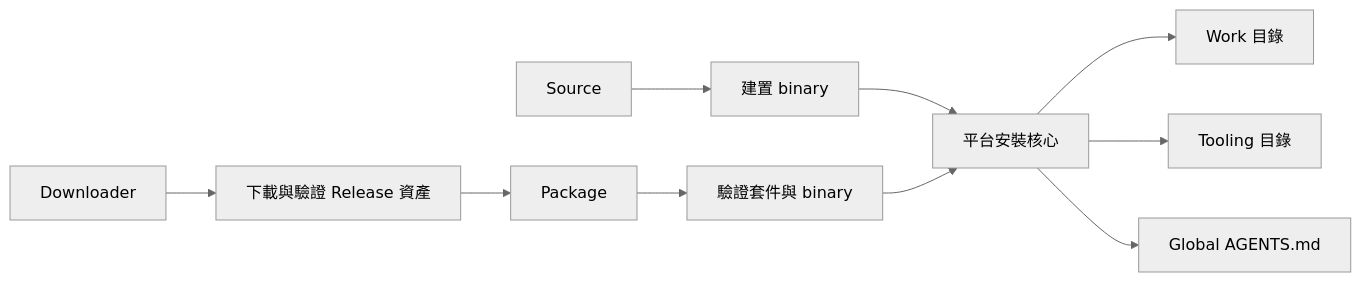
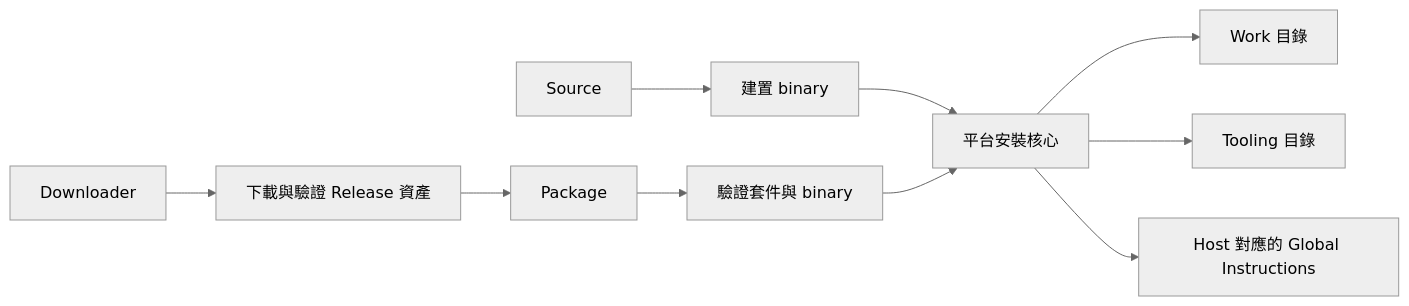
Before and after one commit to kurodog870153/agent-work-kit: the diagram in docs/release/architecture.md, drawn with Mermaid (neutral theme). The commit also changed other lines of this file and 94 other files, not shown here.

````diff
--- a/docs/release/architecture.md
+++ b/docs/release/architecture.md
@@ -17,12 +17,12 @@
 ```mermaid
 flowchart LR
     Source[Source] --> Build[建置 binary]
     Downloader[Downloader] --> Assets[下載與驗證 Release 資產]
     Assets --> Package[Package]
     Package --> Verify[驗證套件與 binary]
     Build --> Core[平台安裝核心]
     Verify --> Core
     Core --> Work[Work 目錄]
     Core --> Tooling[Tooling 目錄]
-    Core --> Global[Global AGENTS.md]
+    Core --> Global[Host 對應的 Global Instructions]
 ```
````
